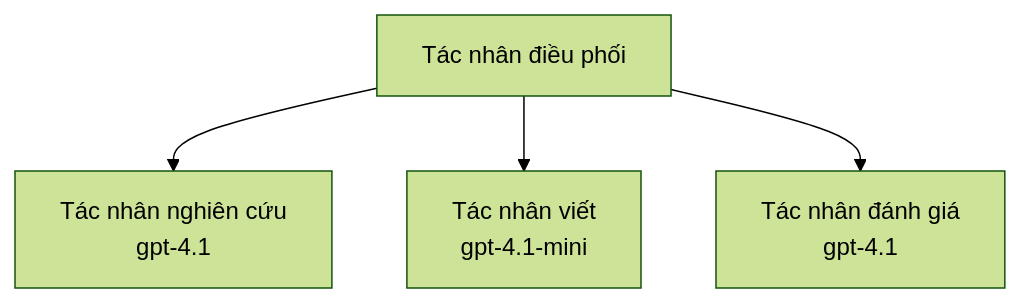
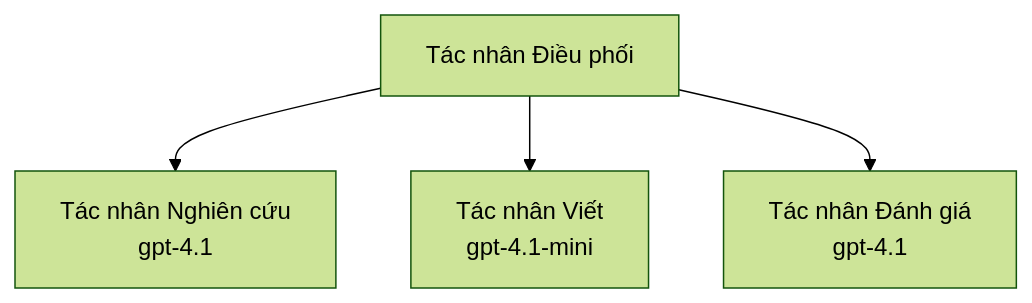
The third of 3 diagrams in translations/vi/docs/chapter-02-ai-development/agents.md (microsoft/AZD-for-beginners), drawn with Mermaid (forest theme) before and after one commit. The commit also changed other lines of this file and 104 other files, not shown here.

````diff
--- a/translations/vi/docs/chapter-02-ai-development/agents.md
+++ b/translations/vi/docs/chapter-02-ai-development/agents.md
@@ -194,6 +201,6 @@
 ```mermaid
 graph TD
-    Orchestrator[Tác nhân điều phối] --> Research[Tác nhân nghiên cứu<br/>gpt-4.1]
-    Orchestrator --> Writer[Tác nhân viết<br/>gpt-4.1-mini]
-    Orchestrator --> Reviewer[Tác nhân đánh giá<br/>gpt-4.1]
+    Orchestrator[Tác nhân Điều phối] --> Research[Tác nhân Nghiên cứu<br/>gpt-4.1]
+    Orchestrator --> Writer[Tác nhân Viết<br/>gpt-4.1-mini]
+    Orchestrator --> Reviewer[Tác nhân Đánh giá<br/>gpt-4.1]
 ```
````
